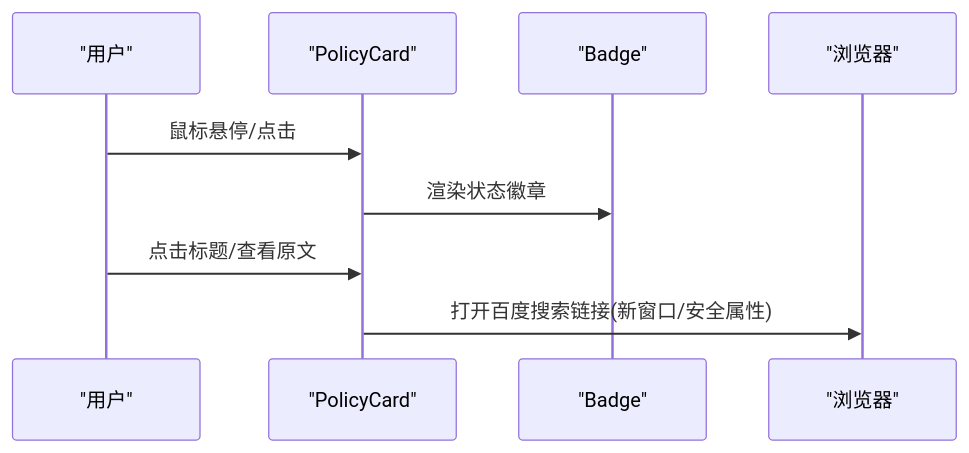
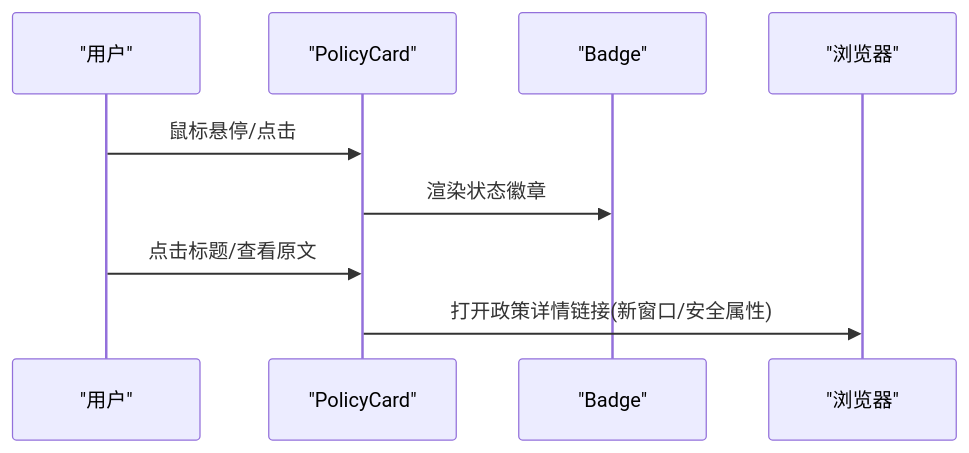
One commit to liangxuanliang-cmd/carbon-info-agent changed the ninth of 13 diagrams in .qoder/repowiki/zh/content/功能模块/政策信息模块.md. Above: the diagram before and after it, drawn with Mermaid. The commit also changed other lines of this file and 8 other files, not shown here.

````diff
--- a/.qoder/repowiki/zh/content/功能模块/政策信息模块.md
+++ b/.qoder/repowiki/zh/content/功能模块/政策信息模块.md
@@ -329,11 +344,11 @@
 ```mermaid
 sequenceDiagram
 participant U as "用户"
 participant PC as "PolicyCard"
 participant B as "Badge"
 participant W as "浏览器"
 U->>PC : 鼠标悬停/点击
 PC->>B : 渲染状态徽章
 U->>PC : 点击标题/查看原文
-PC->>W : 打开百度搜索链接(新窗口/安全属性)
+PC->>W : 打开政策详情链接(新窗口/安全属性)
 ```
````
